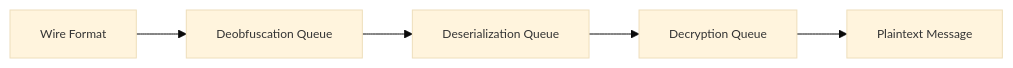
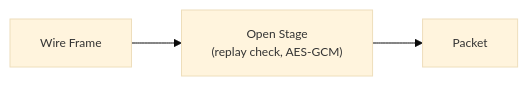
Before and after one commit to AndrewRedican/hyperfrontend: the fifth of 8 diagrams in ARCHITECTURE.md, drawn with Mermaid. The commit also changed other lines of this file and 4 other files, not shown here.

````diff
--- a/ARCHITECTURE.md
+++ b/ARCHITECTURE.md
@@ -251,13 +255,11 @@
 ```mermaid
 ---
 config:
   theme: base
   themeVariables:
     fontSize: 12px
 ---
 flowchart LR
-    A2["Wire Format"] --> B2["Deobfuscation Queue"]
-    B2 --> C2["Deserialization Queue"]
-    C2 --> D2["Decryption Queue"]
-    D2 --> E2["Plaintext Message"]
+    A2["Wire Frame"] --> B2["Open Stage<br/>(replay check, AES-GCM)"]
+    B2 --> C2["Packet"]
 ```
````
